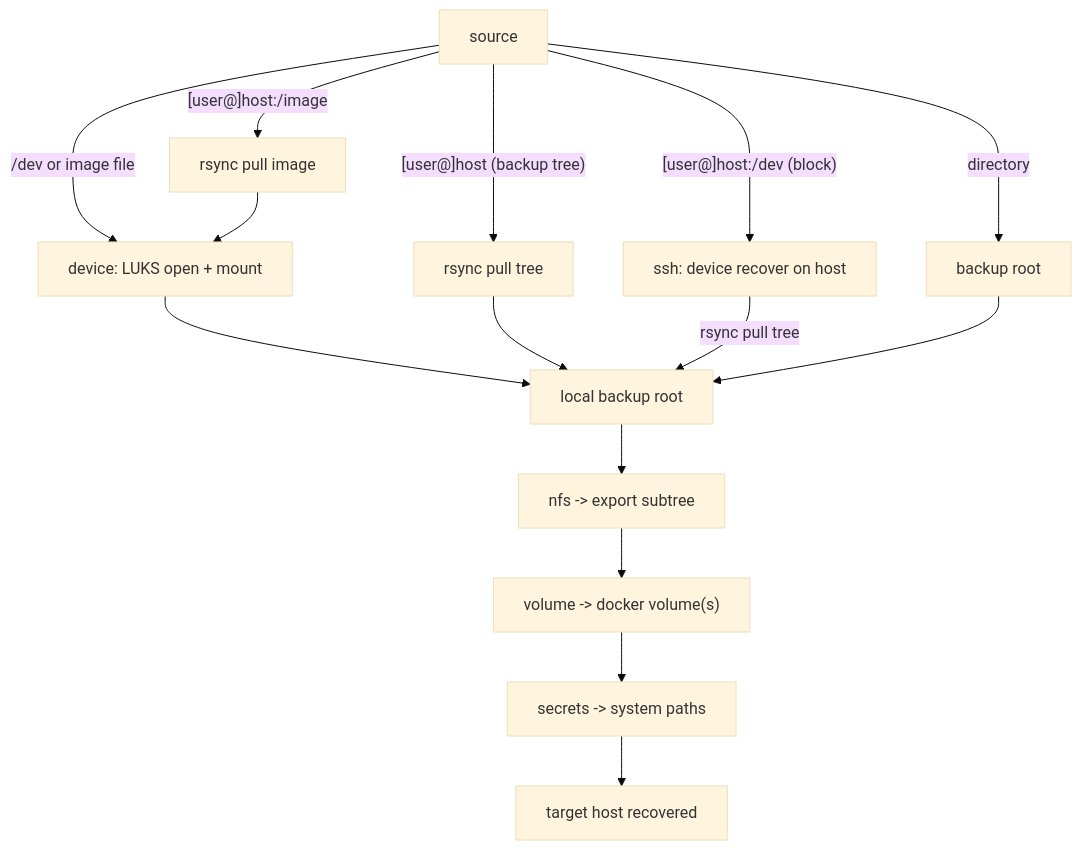
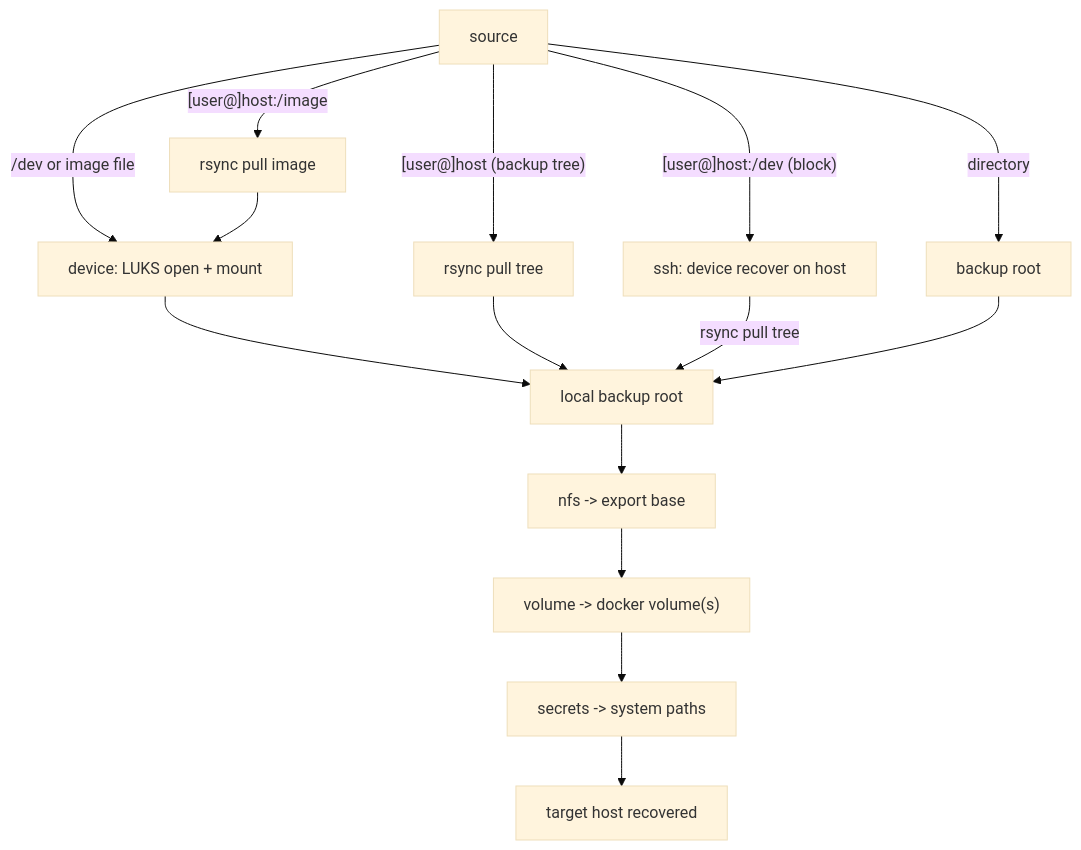
Before and after one commit to infinito-nexus/core: the diagram in cli/administration/recover/README.md, drawn with Mermaid (base theme). The commit also changed other lines of this file and 7 other files, not shown here.

````diff
--- a/cli/administration/recover/README.md
+++ b/cli/administration/recover/README.md
@@ -22,20 +22,20 @@
 ```mermaid
 flowchart TD
     S["source"]
     S -->|"/dev or image file"| DEV["device: LUKS open + mount"]
     S -->|"[user@]host (backup tree)"| PULL["rsync pull tree"]
     S -->|"[user@]host:/dev (block)"| SSH["ssh: device recover on host"]
     S -->|"[user@]host:/image"| PIMG["rsync pull image"]
     S -->|"directory"| DIR["backup root"]
 
     DEV --> ROOT["local backup root"]
     PULL --> ROOT
     SSH -->|"rsync pull tree"| ROOT
     PIMG --> DEV
     DIR --> ROOT
 
-    ROOT --> NFS["nfs -> export subtree"]
+    ROOT --> NFS["nfs -> export base"]
     NFS --> VOL["volume -> docker volume(s)"]
     VOL --> SEC["secrets -> system paths"]
     SEC --> T["target host recovered"]
 ```
````
